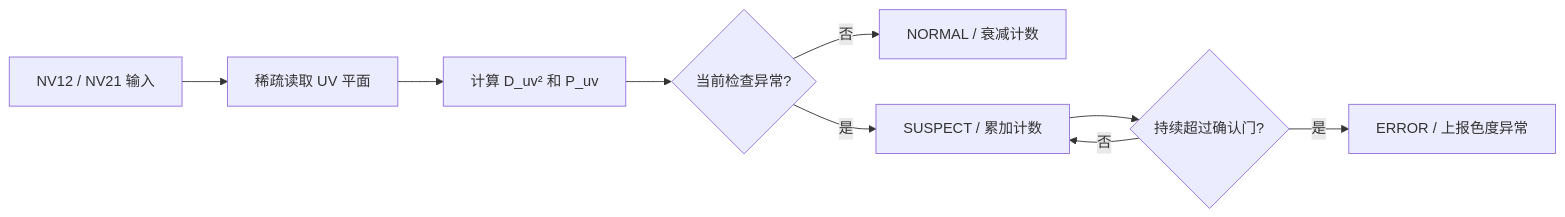
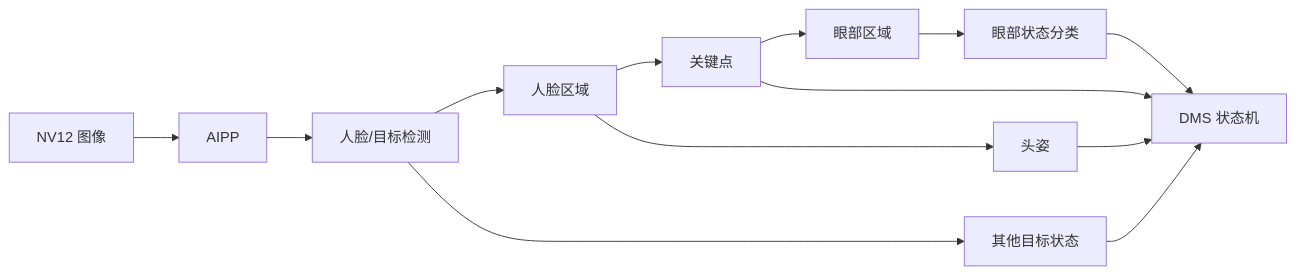
The third of 3 diagrams in engineering/diagnostics/ir-camera-input-chain-and-chroma-anomaly.md (visionzoo/vision-workbench), drawn with Mermaid before and after one commit. The commit also changed other lines of this file, not shown here.

First line of the commit message:
docs: restructure DMS media pipeline reference

````diff
--- a/engineering/diagnostics/ir-camera-input-chain-and-chroma-anomaly.md
+++ b/engineering/diagnostics/ir-camera-input-chain-and-chroma-anomaly.md
@@ -600,11 +185,15 @@
 ```mermaid
 flowchart LR
-    A[NV12 / NV21 输入] --> B[稀疏读取 UV 平面]
-    B --> C[计算 D_uv² 和 P_uv]
-    C --> D{当前检查异常?}
-    D -- 否 --> E[NORMAL / 衰减计数]
-    D -- 是 --> F[SUSPECT / 累加计数]
-    F --> G{持续超过确认门?}
-    G -- 否 --> F
-    G -- 是 --> H[ERROR / 上报色度异常]
+    A[NV12 图像] --> B[AIPP]
+    B --> C[人脸/目标检测]
+    C --> D[人脸区域]
+    D --> E[关键点]
+    D --> F[头姿]
+    E --> G[眼部区域]
+    G --> H[眼部状态分类]
+    C --> I[其他目标状态]
+    E --> J[DMS 状态机]
+    F --> J
+    H --> J
+    I --> J
 ```
````
